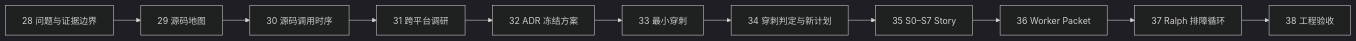
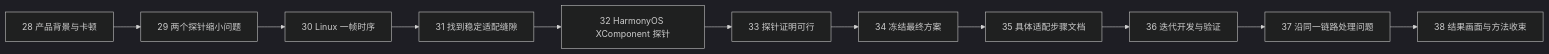
One commit to xiaomu120413/harmonyos-sdd-ralph-workshop changed the first of 8 diagrams in case-materials/gpu/14-GPU案例第28-38页详细讲稿与文档证据.md. Above: the diagram before and after it, drawn with Mermaid (dark theme). The commit also changed other lines of this file and 5 other files, not shown here.

````diff
--- a/case-materials/gpu/14-GPU案例第28-38页详细讲稿与文档证据.md
+++ b/case-materials/gpu/14-GPU案例第28-38页详细讲稿与文档证据.md
@@ -7,7 +7,13 @@
 ```mermaid
 flowchart LR
-    P28["28 问题与证据边界"] --> P29["29 源码地图"] --> P30["30 源码调用时序"]
-    P30 --> P31["31 跨平台调研"] --> P32["32 ADR 冻结方案"] --> P33["33 最小穿刺"]
-    P33 --> P34["34 穿刺判定与新计划"] --> P35["35 S0–S7 Story"]
-    P35 --> P36["36 Worker Packet"] --> P37["37 Ralph 排障循环"] --> P38["38 工程验收"]
+    P28[28 产品背景与卡顿] --> P29[29 两个探针缩小问题]
+    P29 --> P30[30 Linux 一帧时序]
+    P30 --> P31[31 找到稳定适配缝隙]
+    P31 --> P32[32 HarmonyOS XComponent 探针]
+    P32 --> P33[33 探针证明可行]
+    P33 --> P34[34 冻结最终方案]
+    P34 --> P35[35 具体适配步骤文档]
+    P35 --> P36[36 迭代开发与验证]
+    P36 --> P37[37 沿同一链路处理问题]
+    P37 --> P38[38 结果画面与方法收束]
 ```
````
